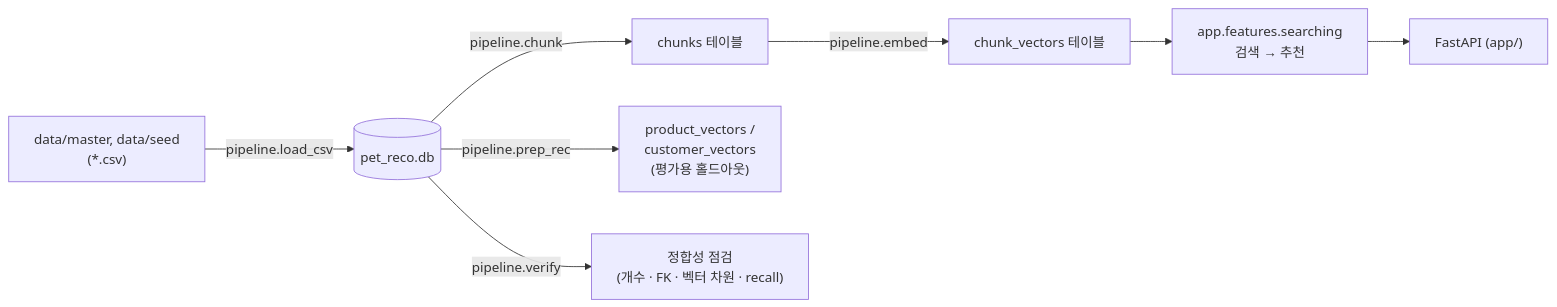
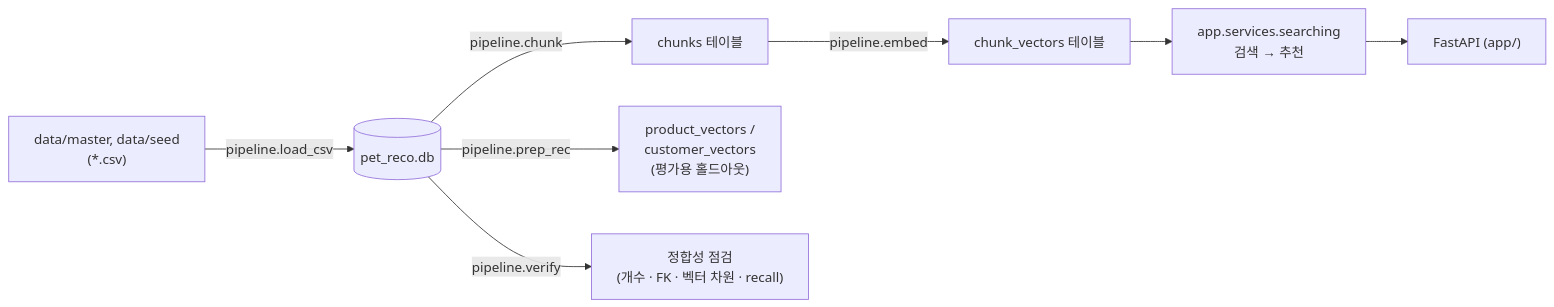
Before and after one commit to TodayWhatDish/dev-data-embed: the second of 2 diagrams in README.md, drawn with Mermaid. The commit also changed other lines of this file and 51 other files, not shown here.

````diff
--- a/README.md
+++ b/README.md
@@ -58,10 +58,10 @@
 ```mermaid
 flowchart LR
     A["data/master, data/seed<br/>(*.csv)"] -->|pipeline.load_csv| B[("pet_reco.db")]
     B -->|pipeline.chunk| C["chunks 테이블"]
     C -->|pipeline.embed| D["chunk_vectors 테이블"]
     B -->|pipeline.prep_rec| E["product_vectors /<br/>customer_vectors<br/>(평가용 홀드아웃)"]
     B -->|pipeline.verify| F["정합성 점검<br/>(개수 · FK · 벡터 차원 · recall)"]
-    D --> G["app.features.searching<br/>검색 → 추천"]
+    D --> G["app.services.searching<br/>검색 → 추천"]
     G --> H["FastAPI (app/)"]
 ```
````
